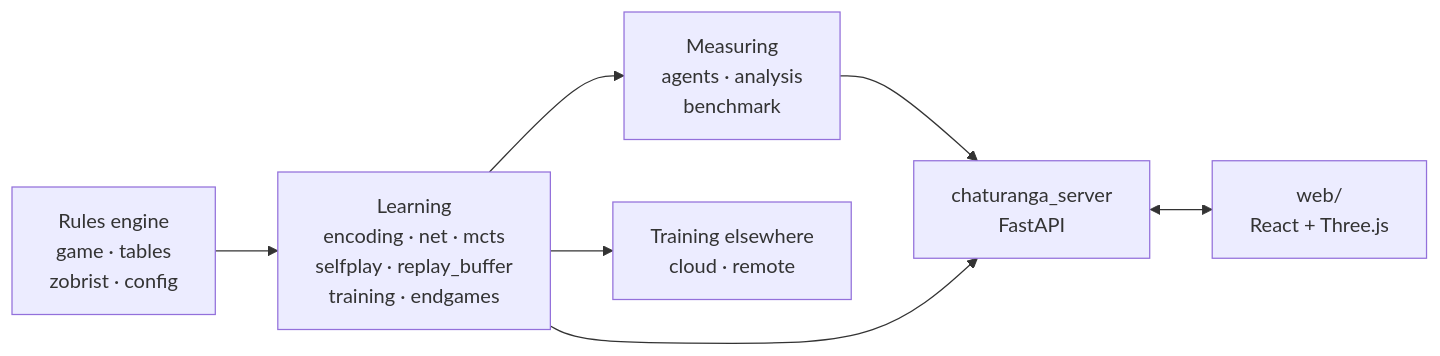
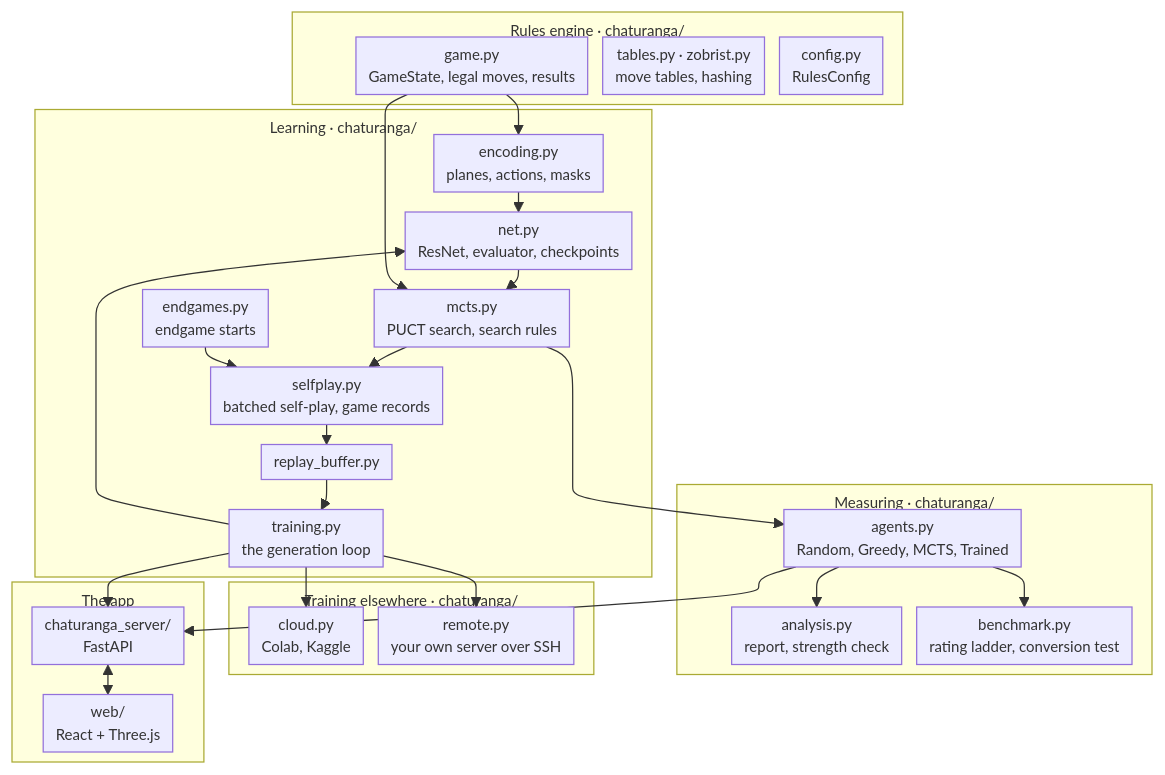
One commit to Aditya-00786/csf407-fable-chaturanga-zero changed the first of 2 diagrams in docs/ARCHITECTURE.md. Above: the diagram before and after it, drawn with Mermaid. The commit also changed other lines of this file and 8 other files, not shown here.

First line of the commit message:
docs: full diagrams again, sized to fit a screen; Milestone 4 at 95%

````diff
--- a/docs/ARCHITECTURE.md
+++ b/docs/ARCHITECTURE.md
@@ -9,9 +9,43 @@
 ```mermaid
-flowchart LR
-    E["Rules engine<br/>game · tables<br/>zobrist · config"] --> L["Learning<br/>encoding · net · mcts<br/>selfplay · replay_buffer<br/>training · endgames"]
-    L --> M["Measuring<br/>agents · analysis<br/>benchmark"]
-    L --> X["Training elsewhere<br/>cloud · remote"]
-    M --> S["chaturanga_server<br/>FastAPI"]
-    L --> S
-    S <--> W["web/<br/>React + Three.js"]
+%%{init: {"flowchart": {"nodeSpacing": 12, "rankSpacing": 16, "padding": 5, "diagramPadding": 4, "subGraphTitleMargin": {"top": 6, "bottom": 6}}, "themeVariables": {"fontSize": "12px"}}}%%
+flowchart TB
+    subgraph engine[Rules engine · chaturanga/]
+        game[game.py<br/>GameState, legal moves, results]
+        tables[tables.py · zobrist.py<br/>move tables, hashing]
+        config[config.py<br/>RulesConfig]
+    end
+    subgraph learn[Learning · chaturanga/]
+        enc[encoding.py<br/>planes, actions, masks]
+        net[net.py<br/>ResNet, evaluator, checkpoints]
+        mcts[mcts.py<br/>PUCT search, search rules]
+        sp[selfplay.py<br/>batched self-play, game records]
+        buf[replay_buffer.py]
+        train[training.py<br/>the generation loop]
+        endg[endgames.py<br/>endgame starts]
+    end
+    subgraph measure[Measuring · chaturanga/]
+        agents[agents.py<br/>Random, Greedy, MCTS, Trained]
+        analysis[analysis.py<br/>report, strength check]
+        bench[benchmark.py<br/>rating ladder, conversion test]
+    end
+    subgraph elsewhere[Training elsewhere · chaturanga/]
+        cloud[cloud.py<br/>Colab, Kaggle]
+        remote[remote.py<br/>your own server over SSH]
+    end
+    subgraph app[The app]
+        server[chaturanga_server/<br/>FastAPI]
+        web[web/<br/>React + Three.js]
+    end
+    game --> enc --> net --> mcts
+    game --> mcts
+    mcts --> sp --> buf --> train --> net
+    endg --> sp
+    mcts --> agents
+    agents --> analysis
+    agents --> bench
+    train --> cloud
+    train --> remote
+    agents --> server
+    train --> server
+    server <--> web
 ```
````
